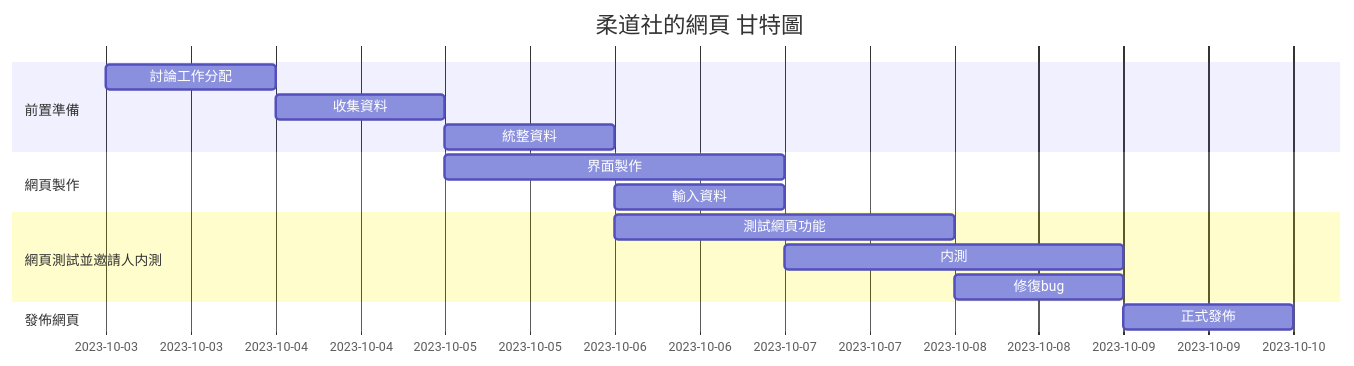
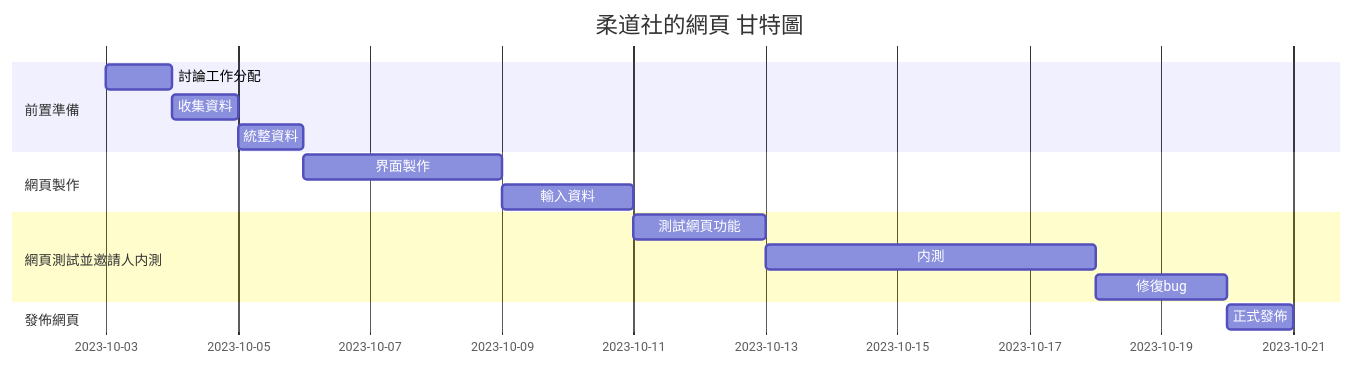
The diagram in README.md (azsx1674/SAaDT), drawn with Mermaid before and after one commit.

````diff
--- a/README.md
+++ b/README.md
@@ -23,18 +23,18 @@
 ```mermaid
 gantt
     title 柔道社的網頁 甘特圖
     dateFormat  YYYY-MM-DD
     section 前置準備
     討論工作分配           :a1, 2023-10-03, 1d
     收集資料     :a2, after a1  , 1d
     統整資料     :a3, after a2  , 1d
     section 網頁製作
-    界面製作     :a4, after a2  , 2d
-    輸入資料      :a5, after a3  , 1d
+    界面製作     :a4, after a3  , 3d
+    輸入資料      :a5, after a4  , 2d
     section 網頁測試並邀請人内測
-    測試網頁功能      :a6, after a3  , 2d
-    内測        :a7, after a4, 2d
-    修復bug      :a8, after a6, 1d
+    測試網頁功能      :a6, after a5  , 2d
+    内測        :a7, after a6, 5d
+    修復bug      :a8, after a7, 2d
     section 發佈網頁
-    正式發佈     :a9, after a7, 1d
+    正式發佈     :a9, after a8, 1d
 ```
````
